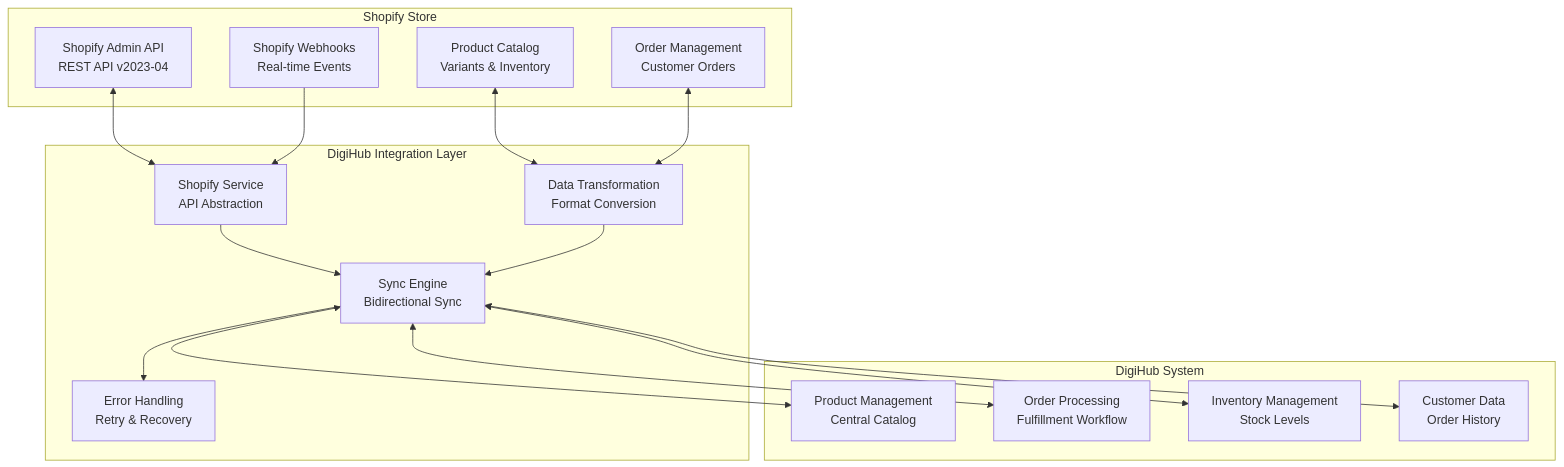
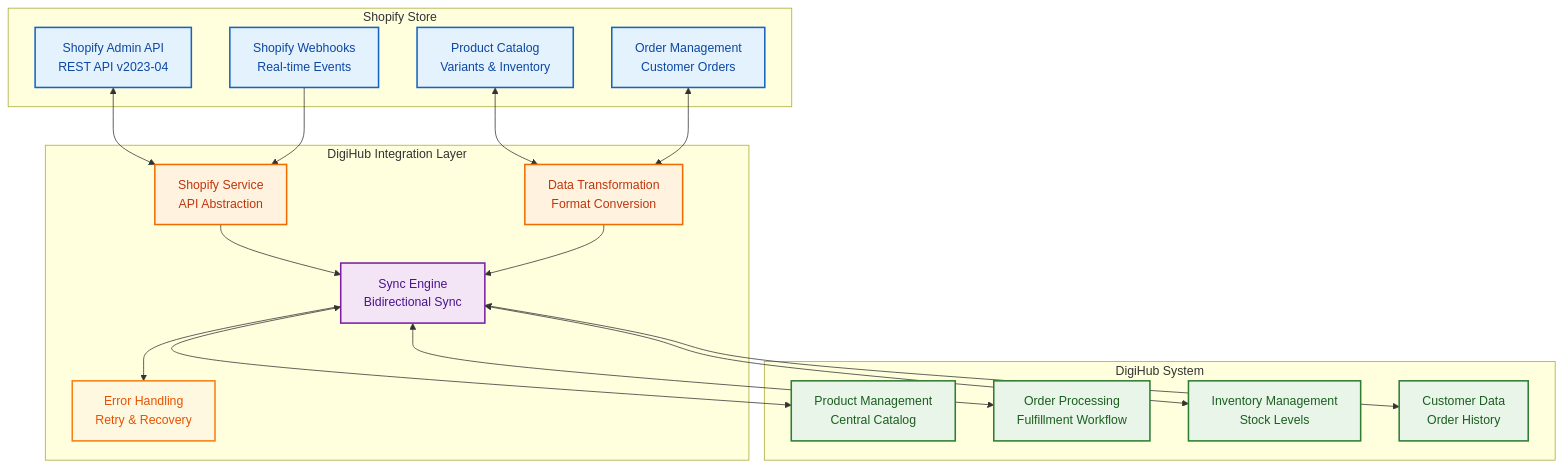
The sixth of 44 diagrams in README.md (sandeepkumar0801/Digihub), drawn with Mermaid before and after one commit. The commit also changed other lines of this file and 1 other file, not shown here.

````diff
--- a/README.md
+++ b/README.md
@@ -1051,42 +1175,50 @@
 ```mermaid
 graph TD
     subgraph "Shopify Store"
         A[Shopify Admin API<br/>REST API v2023-04]
         B[Shopify Webhooks<br/>Real-time Events]
         C[Product Catalog<br/>Variants & Inventory]
         D[Order Management<br/>Customer Orders]
     end
 
     subgraph "DigiHub Integration Layer"
         E[Shopify Service<br/>API Abstraction]
         F[Data Transformation<br/>Format Conversion]
         G[Sync Engine<br/>Bidirectional Sync]
         H[Error Handling<br/>Retry & Recovery]
     end
 
     subgraph "DigiHub System"
         I[Product Management<br/>Central Catalog]
         J[Order Processing<br/>Fulfillment Workflow]
         K[Inventory Management<br/>Stock Levels]
         L[Customer Data<br/>Order History]
     end
 
     A <--> E
     B --> E
     C <--> F
     D <--> F
 
     E --> G
     F --> G
     G --> H
 
     G <--> I
     G <--> J
     G <--> K
     G <--> L
 
 
+    classDef shopify fill:#e3f2fd,stroke:#1565c0,stroke-width:2px,color:#0d47a1
+    classDef integration fill:#fff3e0,stroke:#ef6c00,stroke-width:2px,color:#bf360c
+    classDef core fill:#e8f5e8,stroke:#2e7d32,stroke-width:2px,color:#1b5e20
+    classDef sync fill:#f3e5f5,stroke:#7b1fa2,stroke-width:2px,color:#4a148c
+    classDef error fill:#fff8e1,stroke:#f57f17,stroke-width:2px,color:#e65100
 
-
-
+    class A,B,C,D shopify
+    class E,F integration
+    class G sync
+    class H error
+    class I,J,K,L core
 ```
````
